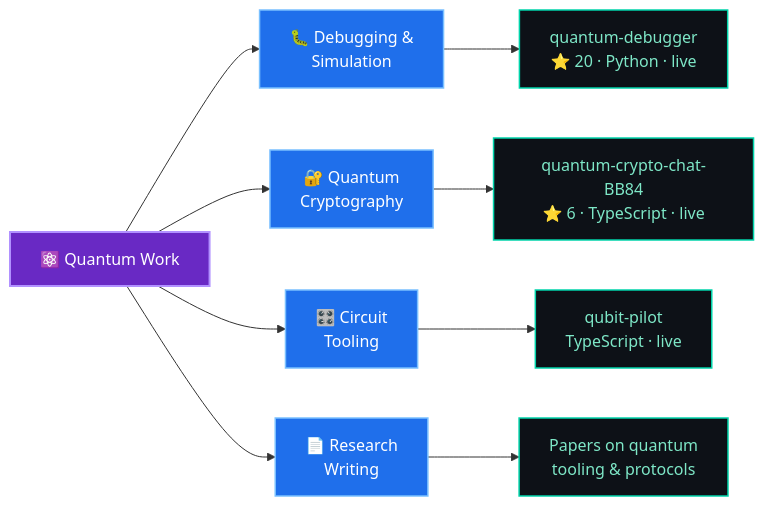
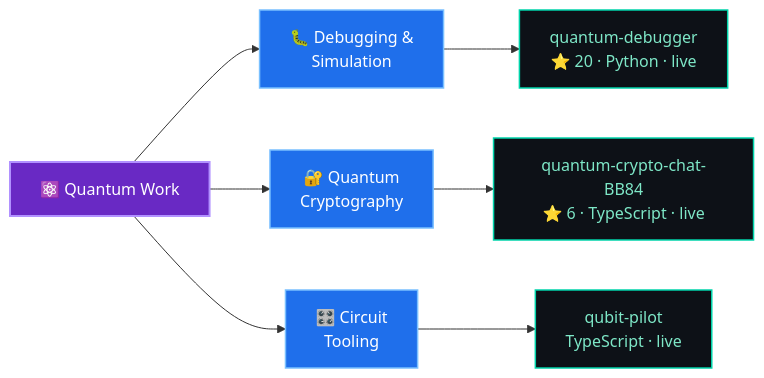
One commit to Raunakg2005/Raunakg2005 changed the diagram in README.md. Above: the diagram before and after it, drawn with Mermaid. The commit also changed other lines of this file, not shown here.

Commit message:
Remove research-paper claims from README

````diff
--- a/README.md
+++ b/README.md
@@ -74,19 +73,17 @@
 ```mermaid
 flowchart LR
     A["⚛️ Quantum Work"] --> B["🐛 Debugging &<br/>Simulation"]
     A --> C["🔐 Quantum<br/>Cryptography"]
     A --> D["🎛️ Circuit<br/>Tooling"]
-    A --> E["📄 Research<br/>Writing"]
 
     B --> B1["quantum-debugger<br/>⭐ 20 · Python · live"]
     C --> C1["quantum-crypto-chat-BB84<br/>⭐ 6 · TypeScript · live"]
     D --> D1["qubit-pilot<br/>TypeScript · live"]
-    E --> E1["Papers on quantum<br/>tooling & protocols"]
 
     classDef root fill:#6929C4,stroke:#B191FF,stroke-width:2px,color:#fff
     classDef mid  fill:#1F6FEB,stroke:#79C0FF,stroke-width:1.5px,color:#fff
     classDef leaf fill:#0d1117,stroke:#00D4AA,stroke-width:1.5px,color:#7ee7c7
     class A root
-    class B,C,D,E mid
-    class B1,C1,D1,E1 leaf
+    class B,C,D mid
+    class B1,C1,D1 leaf
 ```
````
